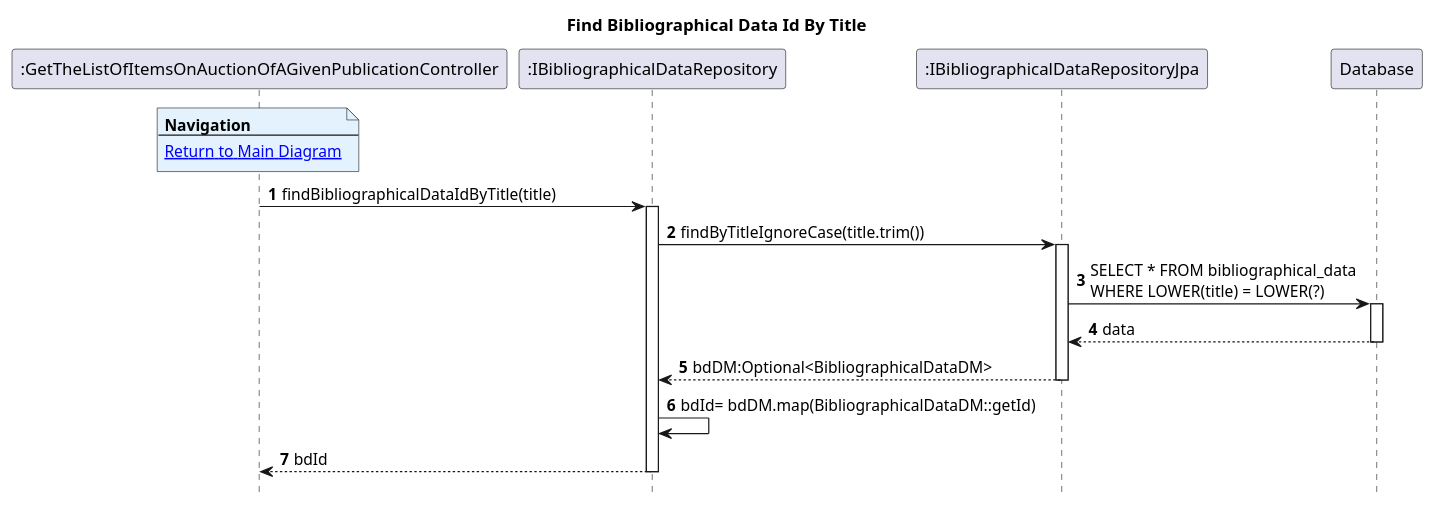
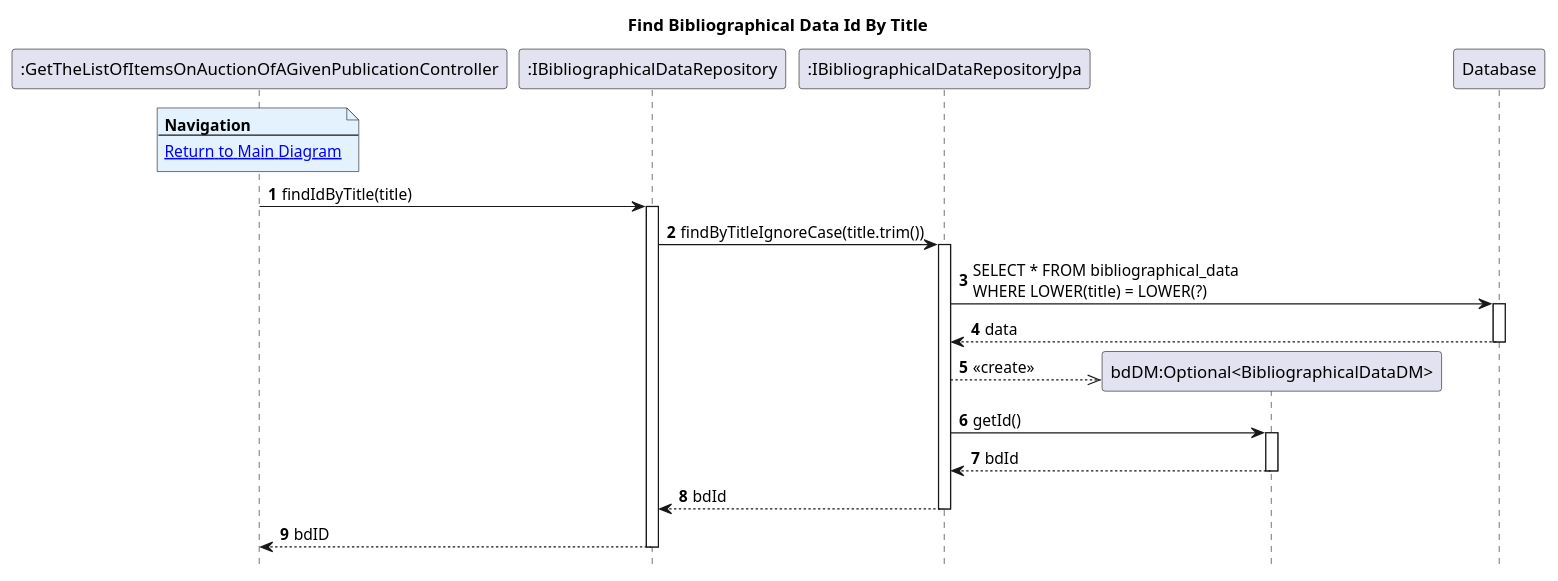
Before and after one commit to AndrePereiraGitH/SWitCH-Project-Team_A: the diagram in Diagrams/SequenceDiagrams/N2/To-Get-List-Of-Items-Auction-Of-Given-Publication/3a.FindBibliographicalDataIdByTitle.puml, drawn with PlantUML. The commit also changed 6 other files, not shown here.

```diff
--- a/Diagrams/SequenceDiagrams/N2/To-Get-List-Of-Items-Auction-Of-Given-Publication/3a.FindBibliographicalDataIdByTitle.puml
+++ b/Diagrams/SequenceDiagrams/N2/To-Get-List-Of-Items-Auction-Of-Given-Publication/3a.FindBibliographicalDataIdByTitle.puml
@@ -1,31 +1,37 @@
 @startuml
 hide footbox
 autonumber
 title Find Bibliographical Data Id By Title
 
 participant ":GetTheListOfItemsOnAuctionOfAGivenPublicationController" as Ctrl
 participant ":IBibliographicalDataRepository" as bdRepo
 participant ":IBibliographicalDataRepositoryJpa" as bdJpa
+participant "bdDM:Optional<BibliographicalDataDM>" as bdDM
 participant "Database" as db
 
 note over Ctrl #E3F2FD
 <b>Navigation</b>
 ---
 [[1.MainDiagram.puml Return to Main Diagram]]
 end note
 
-Ctrl -> bdRepo: findBibliographicalDataIdByTitle(title)
+Ctrl -> bdRepo: findIdByTitle(title)
 activate bdRepo
 bdRepo -> bdJpa: findByTitleIgnoreCase(title.trim())
 activate bdJpa
 bdJpa -> db: SELECT * FROM bibliographical_data\nWHERE LOWER(title) = LOWER(?)
 activate db
 db --> bdJpa: data
 deactivate db
-bdJpa --> bdRepo: bdDM:Optional<BibliographicalDataDM>
+bdJpa -->> bdDM** :<<create>>
+bdJpa -> bdDM: getId()
+activate bdDM
+bdDM --> bdJpa: bdId
+deactivate bdDM
+
+bdJpa --> bdRepo: bdId
 deactivate bdJpa
-bdRepo -> bdRepo: bdId= bdDM.map(BibliographicalDataDM::getId)
-bdRepo --> Ctrl: bdId
+bdRepo --> Ctrl: bdID
 deactivate bdRepo
 
 @enduml
```
